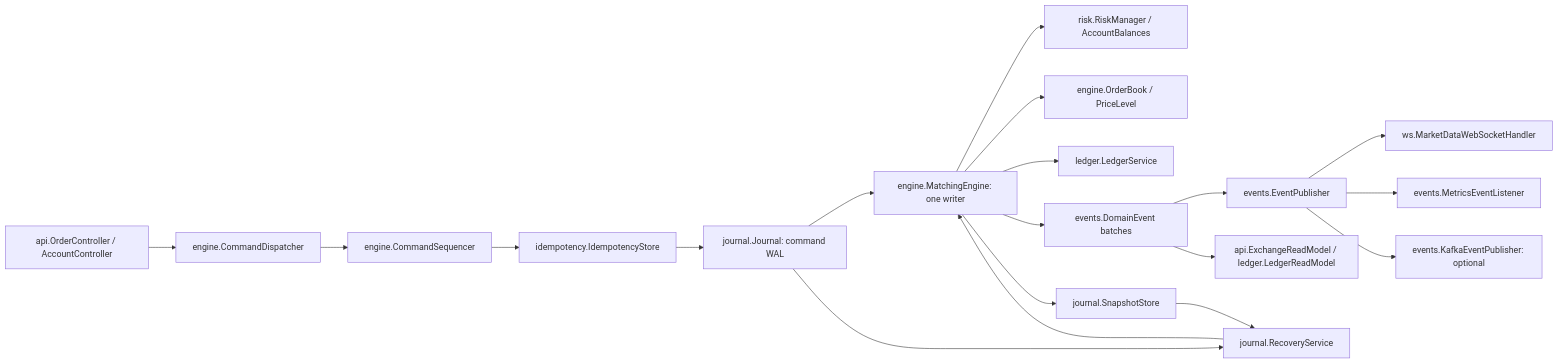
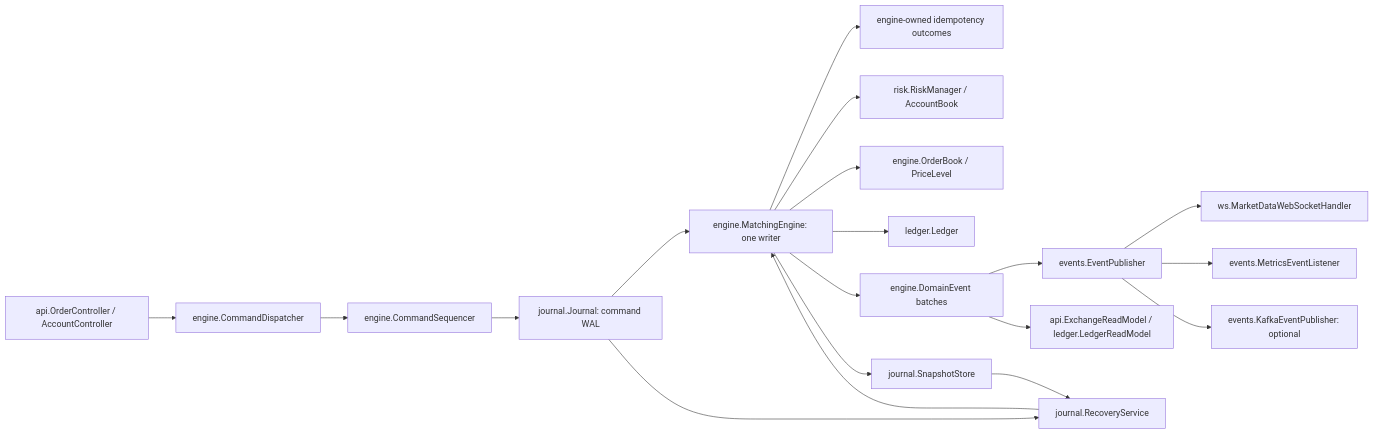
One commit to GuilhermeBars/matchforge changed the diagram in docs/architecture.md. Above: the diagram before and after it, drawn with Mermaid. The commit also changed other lines of this file and 18 other files, not shown here.

Commit message:
Implement deterministic matching engine, order books, risk reservations and double-entry ledger with property tests

````diff
--- a/docs/architecture.md
+++ b/docs/architecture.md
@@ -7,21 +8,21 @@
 ```mermaid
 flowchart LR
     REST[api.OrderController / AccountController] --> D[engine.CommandDispatcher]
     D --> S[engine.CommandSequencer]
-    S --> I[idempotency.IdempotencyStore]
-    I --> WAL[journal.Journal: command WAL]
+    S --> WAL[journal.Journal: command WAL]
     WAL --> E[engine.MatchingEngine: one writer]
-    E --> R[risk.RiskManager / AccountBalances]
+    E --> I[engine-owned idempotency outcomes]
+    E --> R[risk.RiskManager / AccountBook]
     E --> B[engine.OrderBook / PriceLevel]
-    E --> L[ledger.LedgerService]
-    E --> EV[events.DomainEvent batches]
+    E --> L[ledger.Ledger]
+    E --> EV[engine.DomainEvent batches]
     EV --> P[events.EventPublisher]
     P --> WS[ws.MarketDataWebSocketHandler]
     P --> M[events.MetricsEventListener]
     P --> K[events.KafkaEventPublisher: optional]
     EV --> V[api.ExchangeReadModel / ledger.LedgerReadModel]
     E --> SS[journal.SnapshotStore]
     SS --> REC[journal.RecoveryService]
     WAL --> REC
     REC --> E
 ```
````
